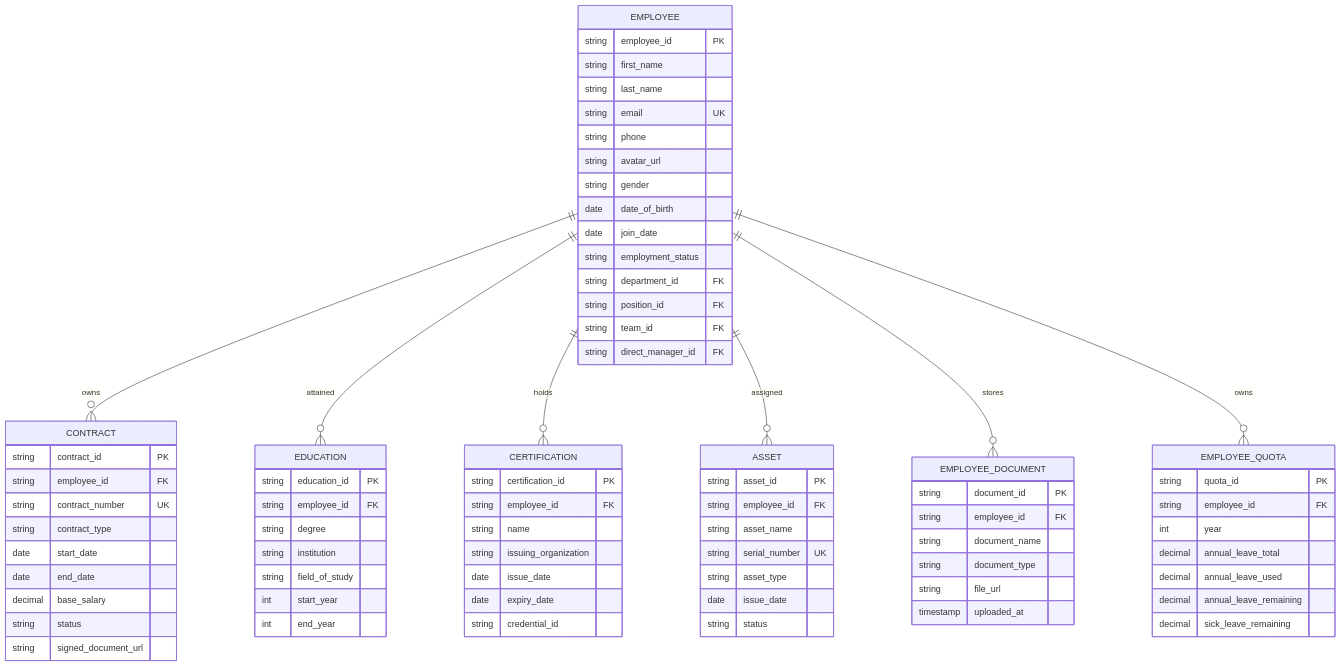
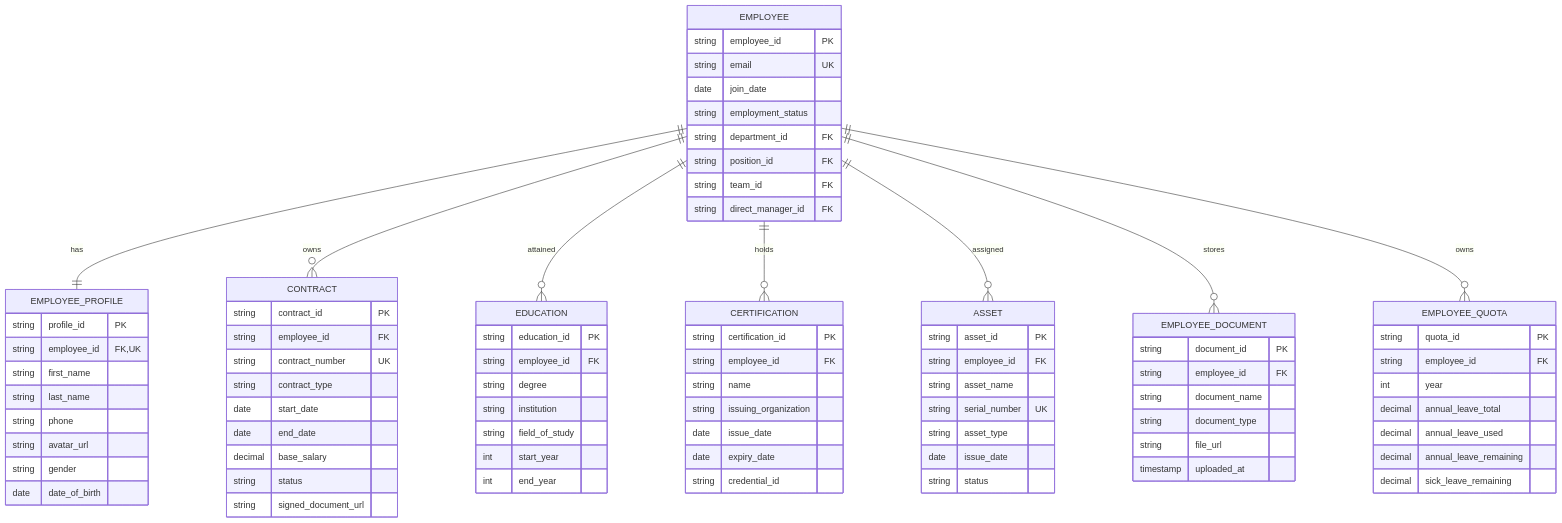
One commit to votrongdao/Copilot.HR changed the diagram in databases/EmployeeDirectory.md. Above: the diagram before and after it, drawn with Mermaid. The commit also changed other lines of this file and 35 other files, not shown here.

````diff
--- a/databases/EmployeeDirectory.md
+++ b/databases/EmployeeDirectory.md
@@ -9,5 +11,7 @@
 ```mermaid
 erDiagram
+
+    EMPLOYEE ||--|| EMPLOYEE_PROFILE : "has"
     EMPLOYEE ||--o{ CONTRACT : "owns"
     EMPLOYEE ||--o{ EDUCATION : "attained"
     EMPLOYEE ||--o{ CERTIFICATION : "holds"
@@ -17,19 +21,24 @@
 
     EMPLOYEE {
         string employee_id PK
-        string first_name
-        string last_name
         string email UK
-        string phone
-        string avatar_url
-        string gender
-        date date_of_birth
         date join_date
         string employment_status
         string department_id FK
         string position_id FK
         string team_id FK
         string direct_manager_id FK
+    }
+
+    EMPLOYEE_PROFILE {
+        string profile_id PK
+        string employee_id FK, UK
+        string first_name
+        string last_name
+        string phone
+        string avatar_url
+        string gender
+        date date_of_birth
     }
 
     CONTRACT {
````
